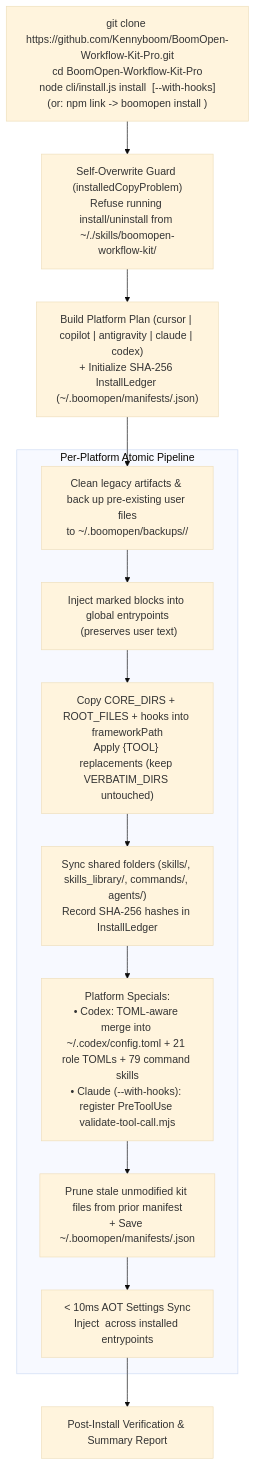
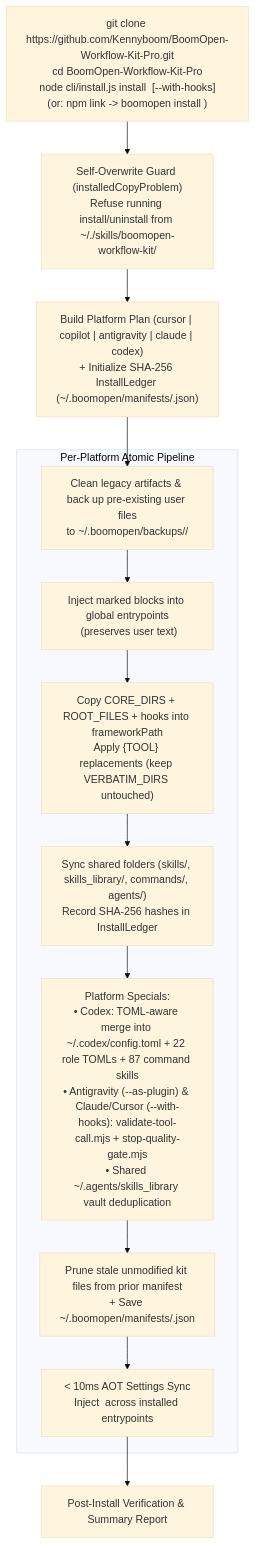
Before and after one commit to Kennyboom/BoomOpen-Workflow-Kit-Pro: the second of 5 diagrams in documents/knowledge-architecture/03-data-flow.md, drawn with Mermaid (base theme). The commit also changed other lines of this file and 99 other files, not shown here.

````diff
--- a/documents/knowledge-architecture/03-data-flow.md
+++ b/documents/knowledge-architecture/03-data-flow.md
@@ -82,21 +82,21 @@
 ```mermaid
 flowchart TD
     CLONE["git clone https://github.com/Kennyboom/BoomOpen-Workflow-Kit-Pro.git<br/>cd BoomOpen-Workflow-Kit-Pro<br/>node cli/install.js install <tool|--all> [--with-hooks]<br/>(or: npm link -> boomopen install <tool>)"]
 
     GUARD["Self-Overwrite Guard (installedCopyProblem)<br/>Refuse running install/uninstall from ~/.<tool>/skills/boomopen-workflow-kit/"]
     PLAN["Build Platform Plan (cursor | copilot | antigravity | claude | codex)<br/>+ Initialize SHA-256 InstallLedger (~/.boomopen/manifests/<tool>.json)"]
 
     subgraph "Per-Platform Atomic Pipeline"
         MIGRATE["Clean legacy artifacts & back up pre-existing user files<br/>to ~/.boomopen/backups/<tool>/"]
         ENTRY["Inject marked blocks into global entrypoints<br/><!-- boomopen-workflow-kit-START/END --> (preserves user text)"]
         FW["Copy CORE_DIRS + ROOT_FILES + hooks into frameworkPath<br/>Apply {TOOL} replacements (keep VERBATIM_DIRS untouched)"]
         SHARED["Sync shared folders (skills/, skills_library/, commands/, agents/)<br/>Record SHA-256 hashes in InstallLedger"]
-        SPECIAL["Platform Specials:<br/>• Codex: TOML-aware merge into ~/.codex/config.toml + 21 role TOMLs + 79 command skills<br/>• Claude (--with-hooks): register PreToolUse validate-tool-call.mjs"]
+        SPECIAL["Platform Specials:<br/>• Codex: TOML-aware merge into ~/.codex/config.toml + 22 role TOMLs + 87 command skills<br/>• Antigravity (--as-plugin) & Claude/Cursor (--with-hooks): validate-tool-call.mjs + stop-quality-gate.mjs<br/>• Shared ~/.agents/skills_library vault deduplication"]
         PRUNE["Prune stale unmodified kit files from prior manifest<br/>+ Save ~/.boomopen/manifests/<tool>.json"]
         AOT["< 10ms AOT Settings Sync<br/>Inject <!-- BOOMOPEN-SETTINGS-START/END --> across installed entrypoints"]
     end
 
     VERIFY["Post-Install Verification & Summary Report"]
 
     CLONE --> GUARD --> PLAN --> MIGRATE --> ENTRY --> FW --> SHARED --> SPECIAL --> PRUNE --> AOT --> VERIFY
 ```
````
